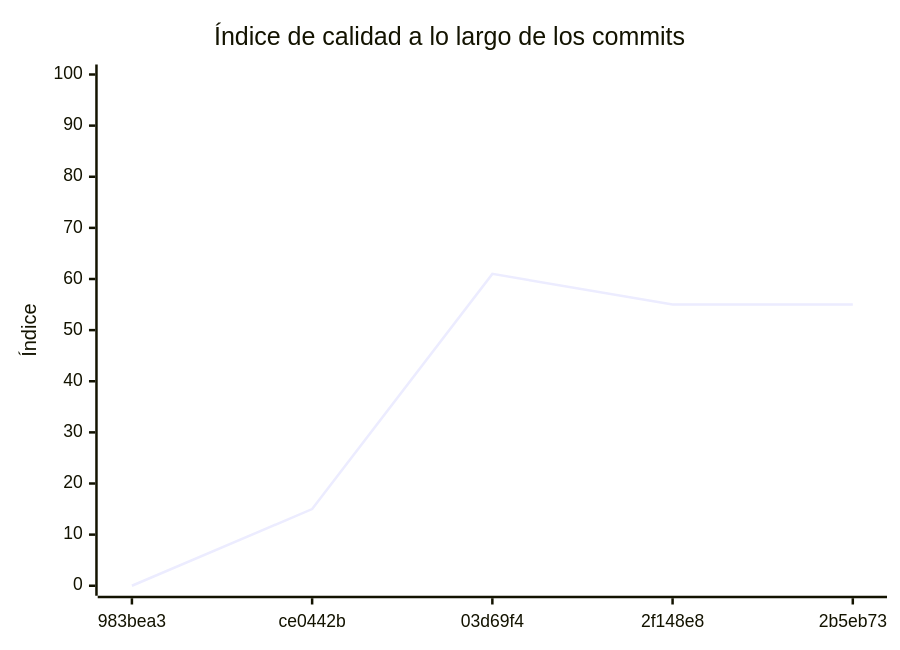
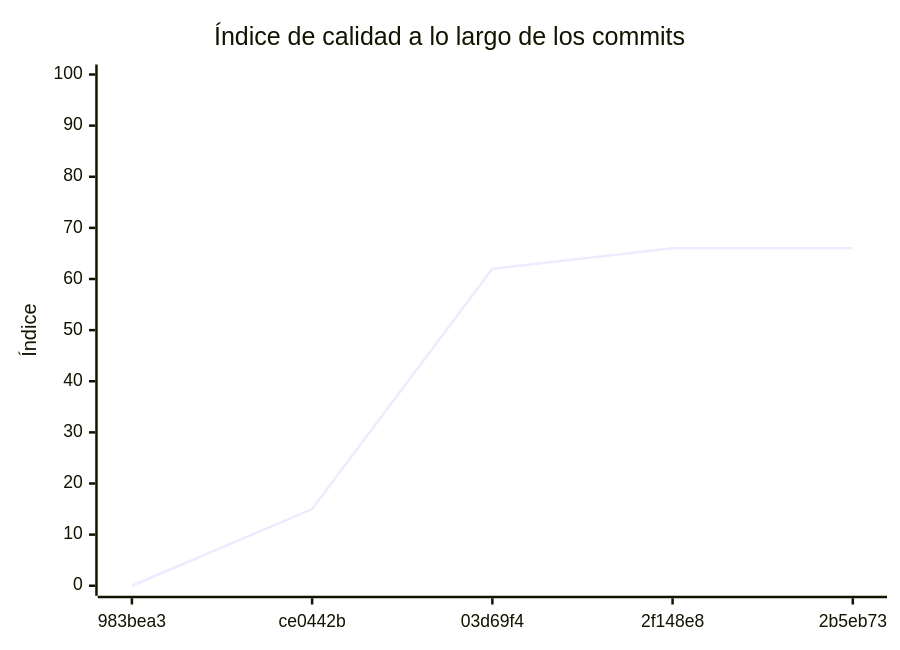
One commit to manudiiez-um-programacion/turnos-catalogo-sync changed the diagram in docs/EVALUACION.md. Above: the diagram before and after it, drawn with Mermaid. The commit also changed other lines of this file and 1 other file, not shown here.

````diff
--- a/docs/EVALUACION.md
+++ b/docs/EVALUACION.md
@@ -623,7 +318,7 @@
 ```mermaid
 xychart-beta
     title "Índice de calidad a lo largo de los commits"
     x-axis ["983bea3", "ce0442b", "03d69f4", "2f148e8", "2b5eb73"]
     y-axis "Índice" 0 --> 100
-    line [0, 15, 61, 55, 55]
+    line [0, 15, 62, 66, 66]
 ```
````
